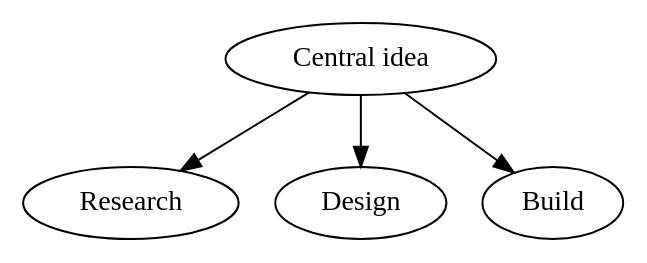
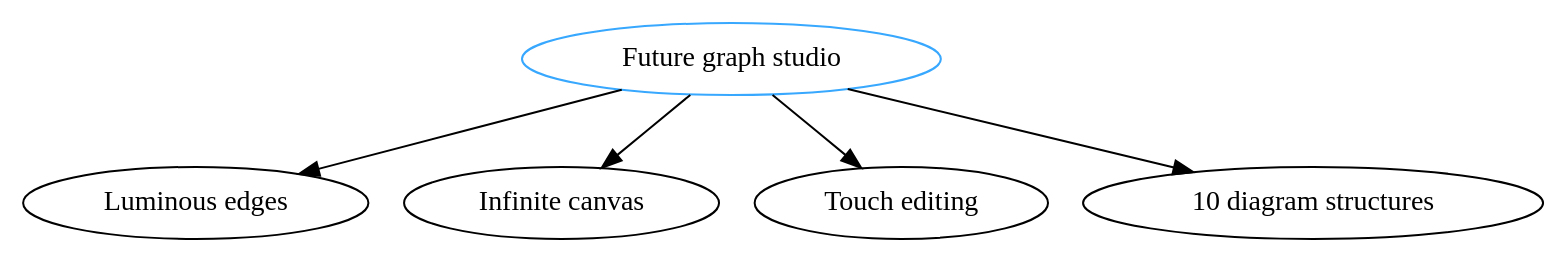
The diagram in sample.dot (JigSawPu/dot-graph-viewer), drawn with Graphviz before and after one commit. The commit also changed 5 other files, not shown here.

```diff
--- a/sample.dot
+++ b/sample.dot
@@ -1,9 +1,8 @@
-digraph Project {
-  idea [label="Central idea", shape=ellipse, fillcolor="#7b88ff"];
-  research [label="Research"];
-  design [label="Design"];
-  build [label="Build"];
-  idea -> research;
-  idea -> design;
-  idea -> build;
+digraph FutureMap {
+  core [label="Future graph studio", shape=ellipse, fillcolor="#173452", color="#38a8ff"];
+  visual [label="Luminous edges"];
+  canvas [label="Infinite canvas"];
+  edit [label="Touch editing"];
+  layouts [label="10 diagram structures"];
+  core -> visual; core -> canvas; core -> edit; core -> layouts;
 }
```
